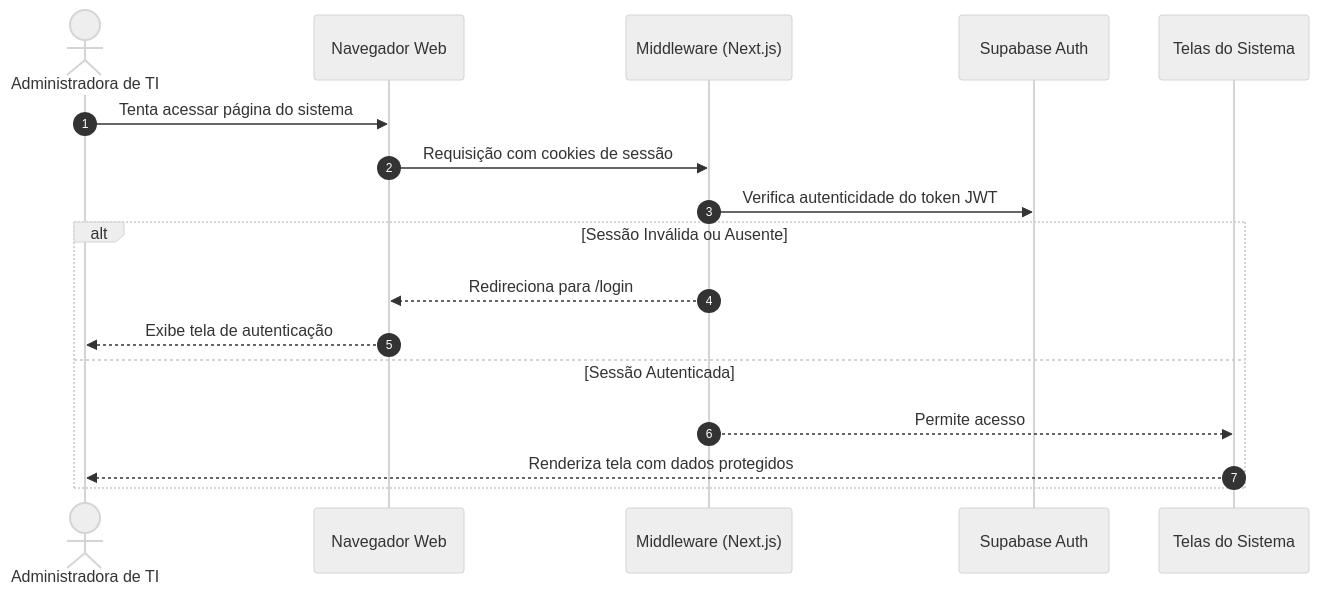
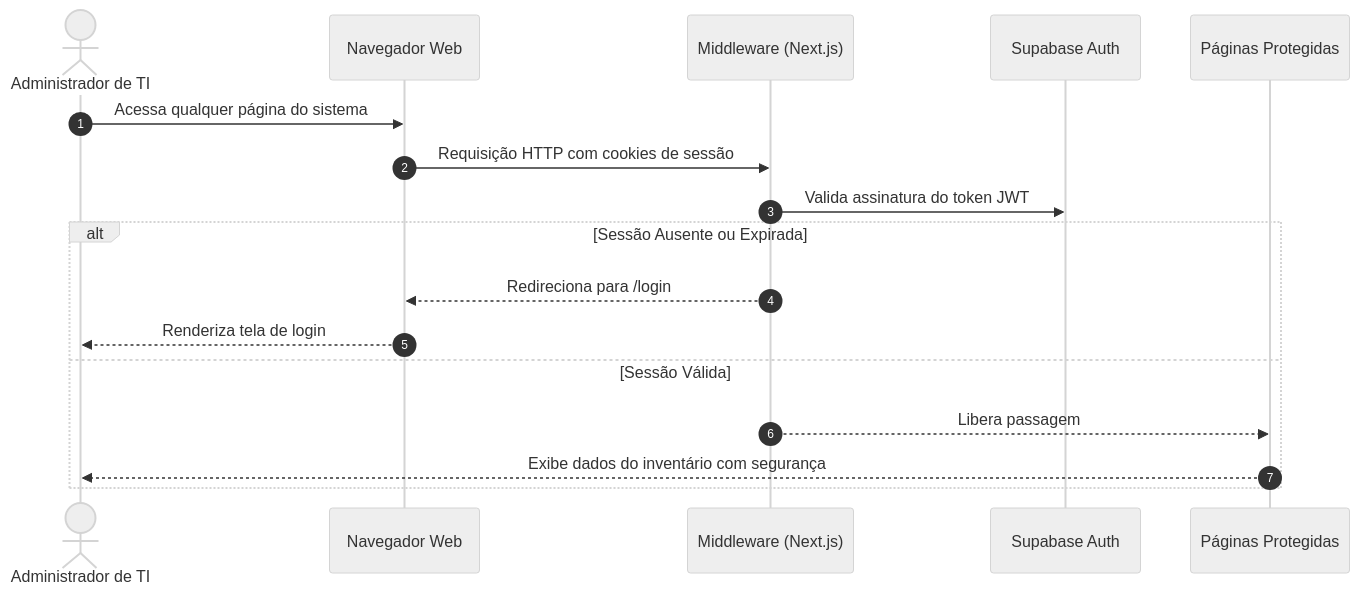
The third of 3 diagrams in README.md (gabinethe/inventario-ti), drawn with Mermaid (neutral theme) before and after one commit. The commit also changed other lines of this file, not shown here.

````diff
--- a/README.md
+++ b/README.md
@@ -126,20 +140,20 @@
 ```mermaid
 sequenceDiagram
     autonumber
-    actor Admin as Administradora de TI
+    actor Admin as Administrador de TI
     participant Browser as Navegador Web
     participant MW as Middleware (Next.js)
     participant Auth as Supabase Auth
-    participant System as Telas do Sistema
+    participant App as Páginas Protegidas
 
-    Admin->>Browser: Tenta acessar página do sistema
-    Browser->>MW: Requisição com cookies de sessão
-    MW->>Auth: Verifica autenticidade do token JWT
-    alt Sessão Inválida ou Ausente
+    Admin->>Browser: Acessa qualquer página do sistema
+    Browser->>MW: Requisição HTTP com cookies de sessão
+    MW->>Auth: Valida assinatura do token JWT
+    alt Sessão Ausente ou Expirada
         MW-->>Browser: Redireciona para /login
-        Browser-->>Admin: Exibe tela de autenticação
-    else Sessão Autenticada
-        MW-->>System: Permite acesso
-        System-->>Admin: Renderiza tela com dados protegidos
+        Browser-->>Admin: Renderiza tela de login
+    else Sessão Válida
+        MW-->>App: Libera passagem
+        App-->>Admin: Exibe dados do inventário com segurança
     end
 ```
````
